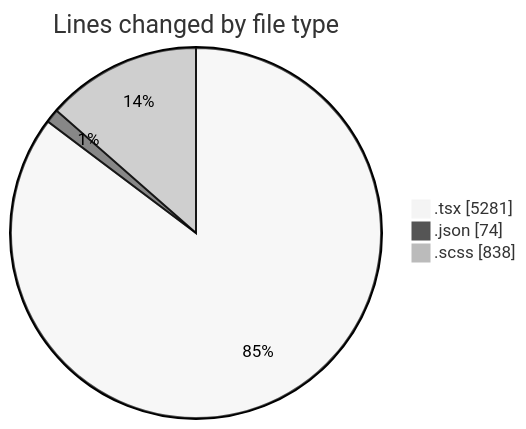
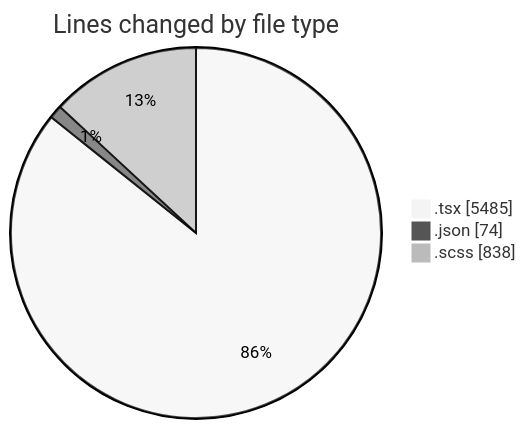
One commit to momahboobian/code-tracking changed the first of 2 diagrams in 2025-04-08/cda/README.md. Above: the diagram before and after it, drawn with Mermaid (neutral theme). The commit also changed other lines of this file and 1 other file, not shown here.

````diff
--- a/2025-04-08/cda/README.md
+++ b/2025-04-08/cda/README.md
@@ -36,7 +38,7 @@
 ```mermaid
 pie showData
 title Lines changed by file type
-".tsx" : 5281
+".tsx" : 5485
 ".json" : 74
 ".scss" : 838
 ```
````
